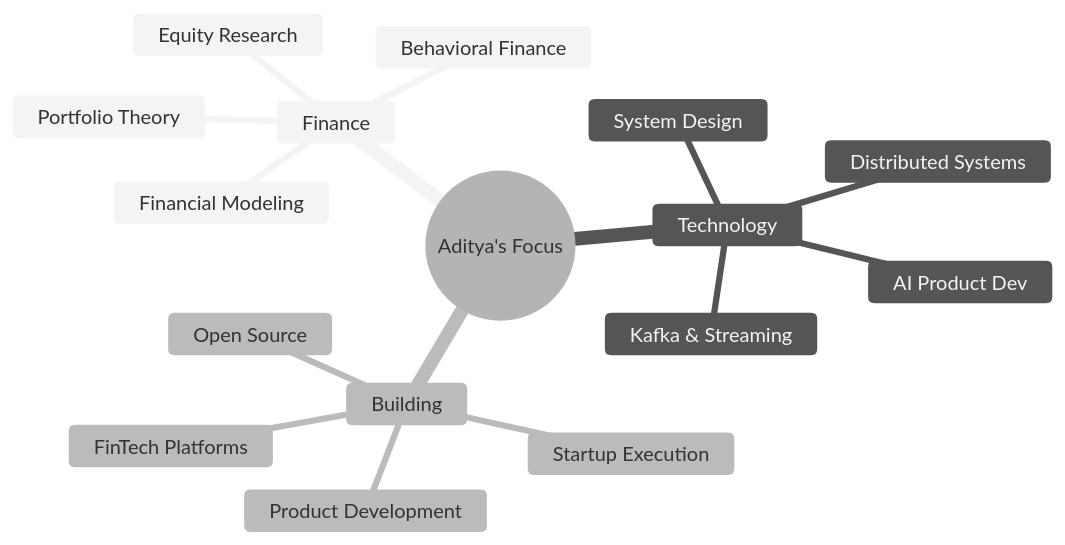
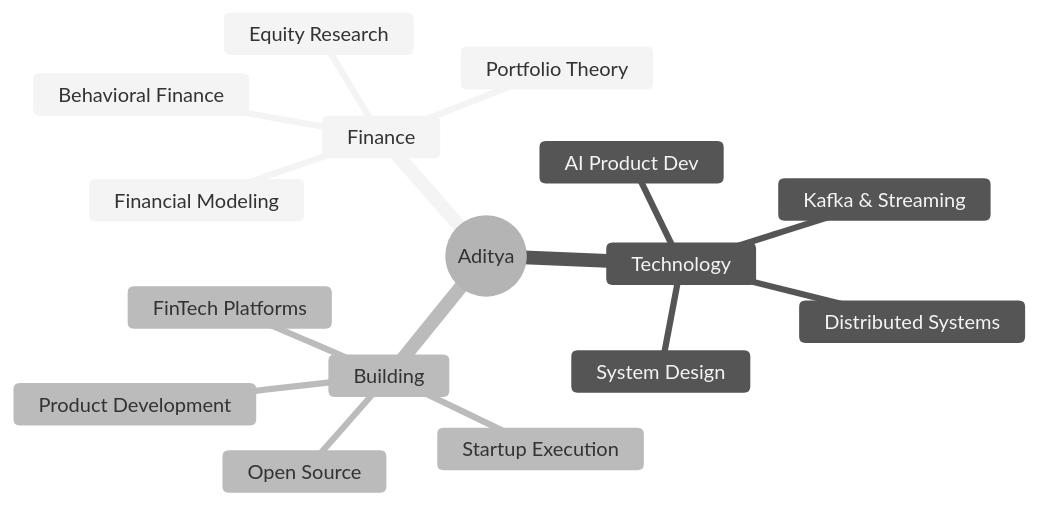
Before and after one commit to adityarjain/adityarjain: the diagram in README.md, drawn with Mermaid (neutral theme). The commit also changed other lines of this file and 6 other files, not shown here.

````diff
--- a/README.md
+++ b/README.md
@@ -173,19 +177,19 @@
 ```mermaid
 mindmap
-  root((Aditya's Focus))
+  root((Aditya))
     Finance
       Equity Research
       Portfolio Theory
       Behavioral Finance
       Financial Modeling
     Technology
       System Design
       Distributed Systems
       AI Product Dev
       Kafka & Streaming
     Building
       Startup Execution
       Product Development
       FinTech Platforms
       Open Source
 ```
````
